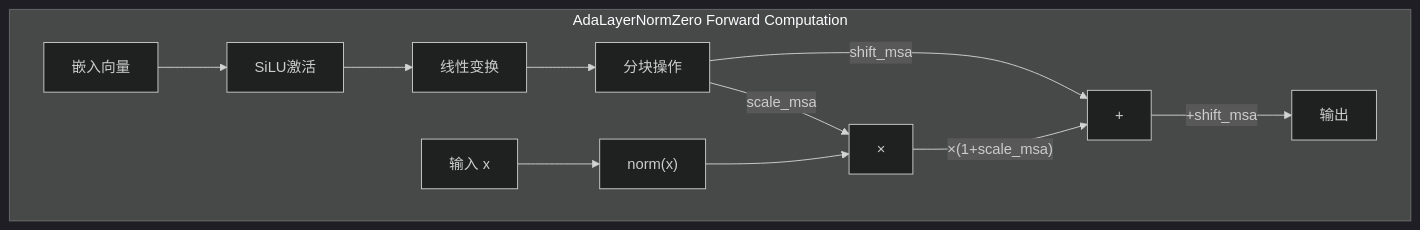
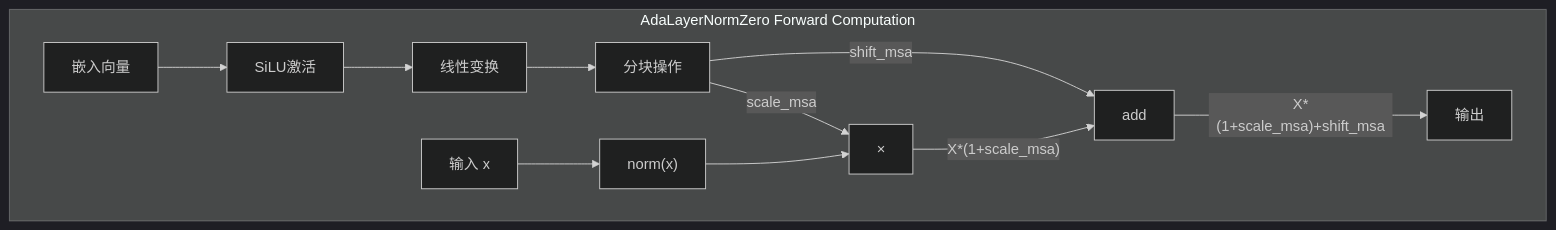
The third of 9 diagrams in docs/SmoothQuantInFlux.md (hhqx/FLUX.1-dev), drawn with Mermaid (dark theme) before and after one commit. The commit also changed other lines of this file and 1 other file, not shown here.

````diff
--- a/docs/SmoothQuantInFlux.md
+++ b/docs/SmoothQuantInFlux.md
@@ -118,14 +118,14 @@
 ```mermaid
 graph TD
     subgraph "AdaLayerNormZero Forward Computation"
         Emb[嵌入向量] --> SiLU[SiLU激活]
         SiLU --> Linear[线性变换]
         Linear --> Chunk["分块操作"]
         Chunk --> |shift_msa| ShiftPath["+"]
         Chunk --> |scale_msa| ScalePath["×"]
         Input[输入 x] --> Norm["norm(x)"]
         Norm --> ScalePath
-        ScalePath --> |"×(1+scale_msa)"| ShiftPath
-        ShiftPath --> |"+shift_msa"| Output["输出"]
+        ScalePath --> |"X*(1+scale_msa)"| ShiftPath["add"]
+        ShiftPath --> |"X*(1+scale_msa)+shift_msa"| Output["输出"]
     end
 ```
````
